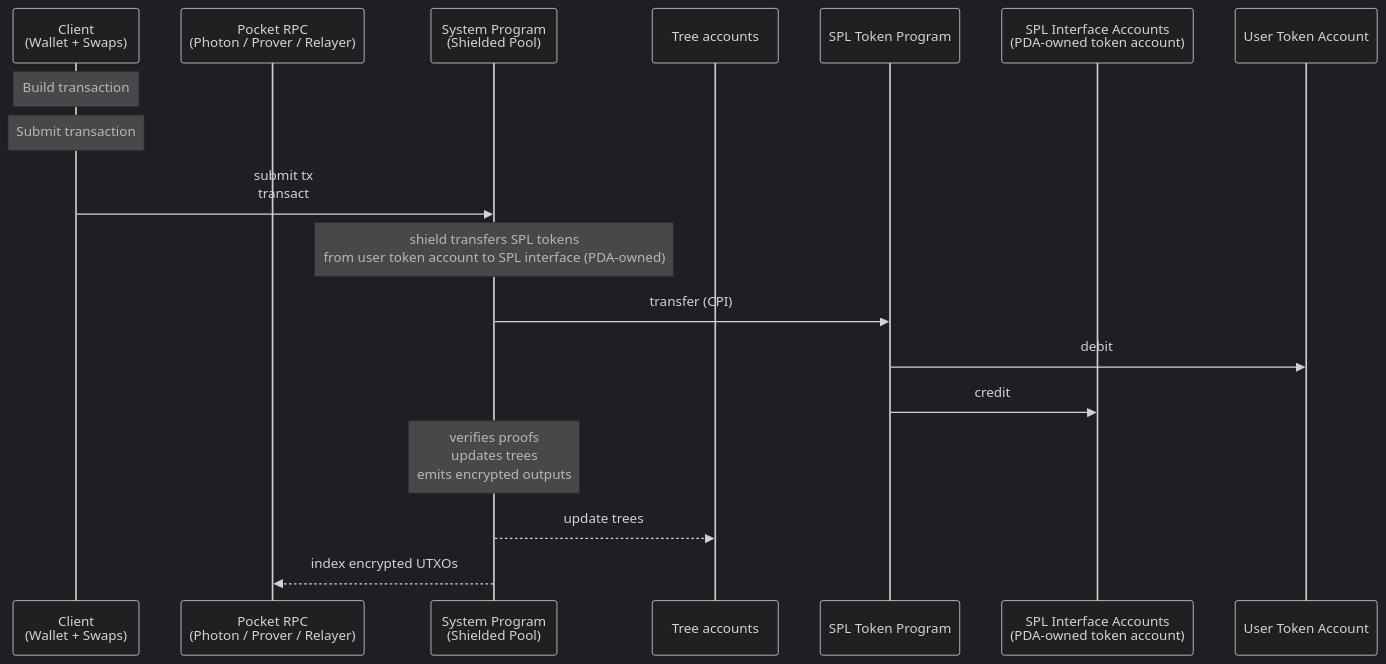
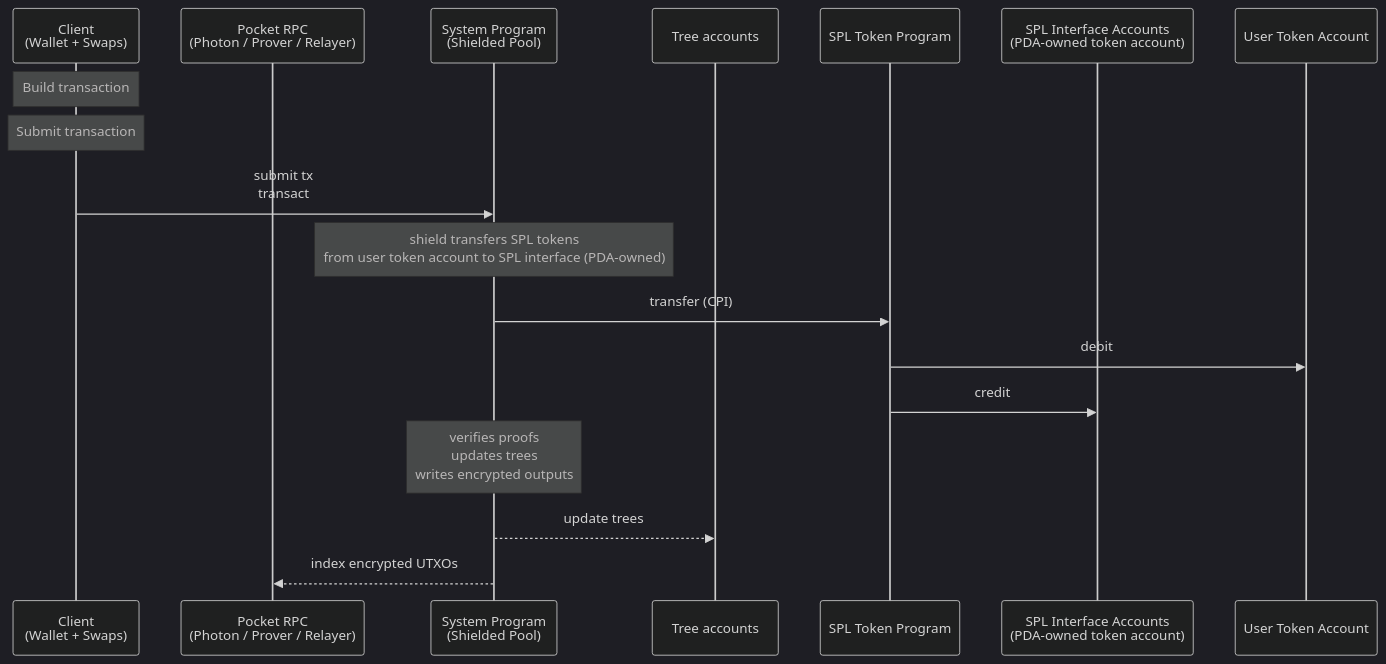
The second of 10 diagrams in docs/spec.md (helius-labs/zolana), drawn with Mermaid (dark theme) before and after one commit. The commit also changed other lines of this file, not shown here.

````diff
--- a/docs/spec.md
+++ b/docs/spec.md
@@ -333,24 +333,24 @@
 ```mermaid
 sequenceDiagram
     participant Client as Client<br>(Wallet + Swaps)
     participant PocketRPC as Pocket RPC<br>(Photon / Prover / Relayer)
     participant System as System Program<br>(Shielded Pool)
     participant Trees as Tree accounts
     participant Token as SPL Token Program
     participant SplInterface as SPL Interface Accounts<br>(PDA-owned token account)
     participant UserToken as User Token Account
 
     Note over Client: Build transaction
 
     Note over Client: Submit transaction
     Client->>System: submit tx<br>transact
 
     Note over System: shield transfers SPL tokens<br>from user token account to SPL interface (PDA-owned)
     System->>Token: transfer (CPI)
     Token->>UserToken: debit
     Token->>SplInterface: credit
 
-    Note over System: verifies proofs<br>updates trees<br>emits encrypted outputs
+    Note over System: verifies proofs<br>updates trees<br>writes encrypted outputs
     System-->>Trees: update trees
     System-->>PocketRPC: index encrypted UTXOs
 ```
````
